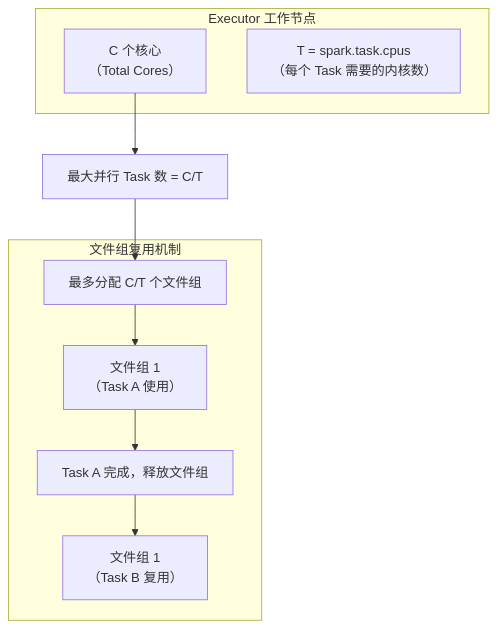
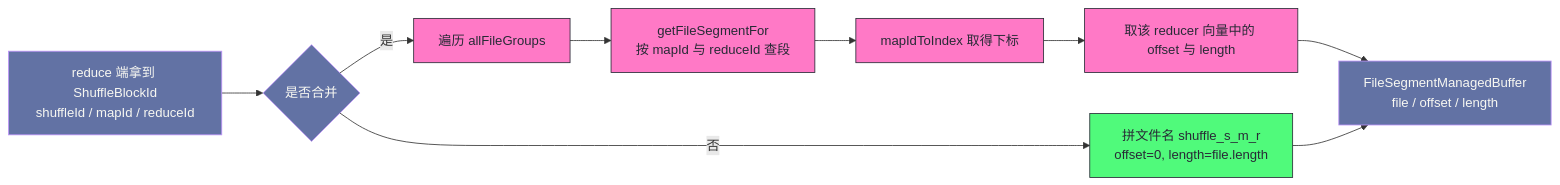
The fifth of 6 diagrams in content/大数据/Spark/读书笔记-spark内核/05_Shuffle核心机制/4. Spark_Hash_Based_Shuffle.md (hpliStartAgain/my-brain), drawn with Mermaid before and after one commit. The commit also changed other lines of this file and 259 other files, not shown here.

````diff
--- a/content/大数据/Spark/读书笔记-spark内核/05_Shuffle核心机制/4. Spark_Hash_Based_Shuffle.md
+++ b/content/大数据/Spark/读书笔记-spark内核/05_Shuffle核心机制/4. Spark_Hash_Based_Shuffle.md
@@ -133,16 +577,18 @@
 ```mermaid
-flowchart TD
-    subgraph "Executor 工作节点"
-        C["C 个核心<br>（Total Cores）"]
-        T["T = spark.task.cpus<br>（每个 Task 需要的内核数）"]
-    end
-    
-    C --> P["最大并行 Task 数 = C/T"]
-    P --> F["最多分配 C/T 个文件组"]
-    
-    subgraph "文件组复用机制"
-        F --> G1["文件组 1<br>（Task A 使用）"]
-        G1 --> R1["Task A 完成，释放文件组"]
-        R1 --> G2["文件组 1<br>（Task B 复用）"]
-    end
+%%{init: {'theme': 'dracula'}}%%
+flowchart LR
+    A["reduce 端拿到 ShuffleBlockId<br/>shuffleId / mapId / reduceId"] --> B{"是否合并"}
+    B -- "否" --> C["拼文件名 shuffle_s_m_r<br/>offset=0, length=file.length"]
+    B -- "是" --> D["遍历 allFileGroups"]
+    D --> E["getFileSegmentFor<br/>按 mapId 与 reduceId 查段"]
+    E --> F["mapIdToIndex 取得下标"]
+    F --> G["取该 reducer 向量中的 offset 与 length"]
+    G --> H["FileSegmentManagedBuffer<br/>file / offset / length"]
+    C --> H
+    classDef scan fill:#ff79c6,stroke:#282a36,color:#282a36
+    classDef direct fill:#50fa7b,stroke:#282a36,color:#282a36
+    classDef out fill:#6272a4,stroke:#bd93f9,color:#f8f8f2
+    class D,E,F,G scan
+    class C direct
+    class A,B,H out
 ```
````
